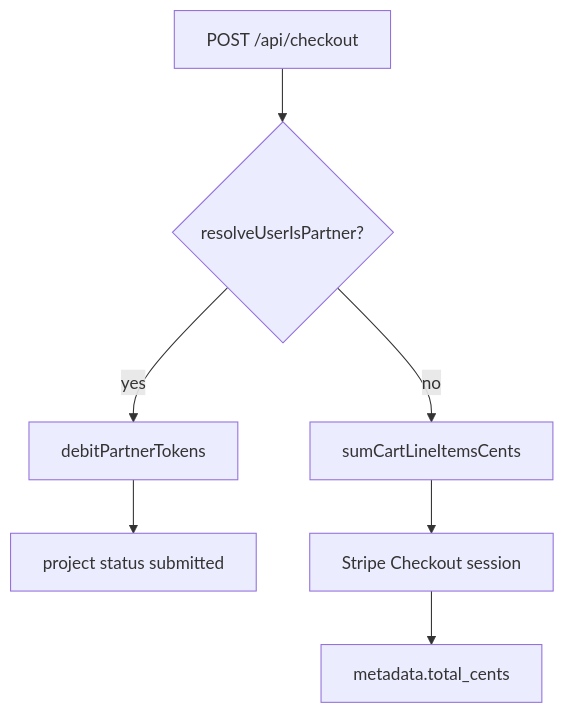
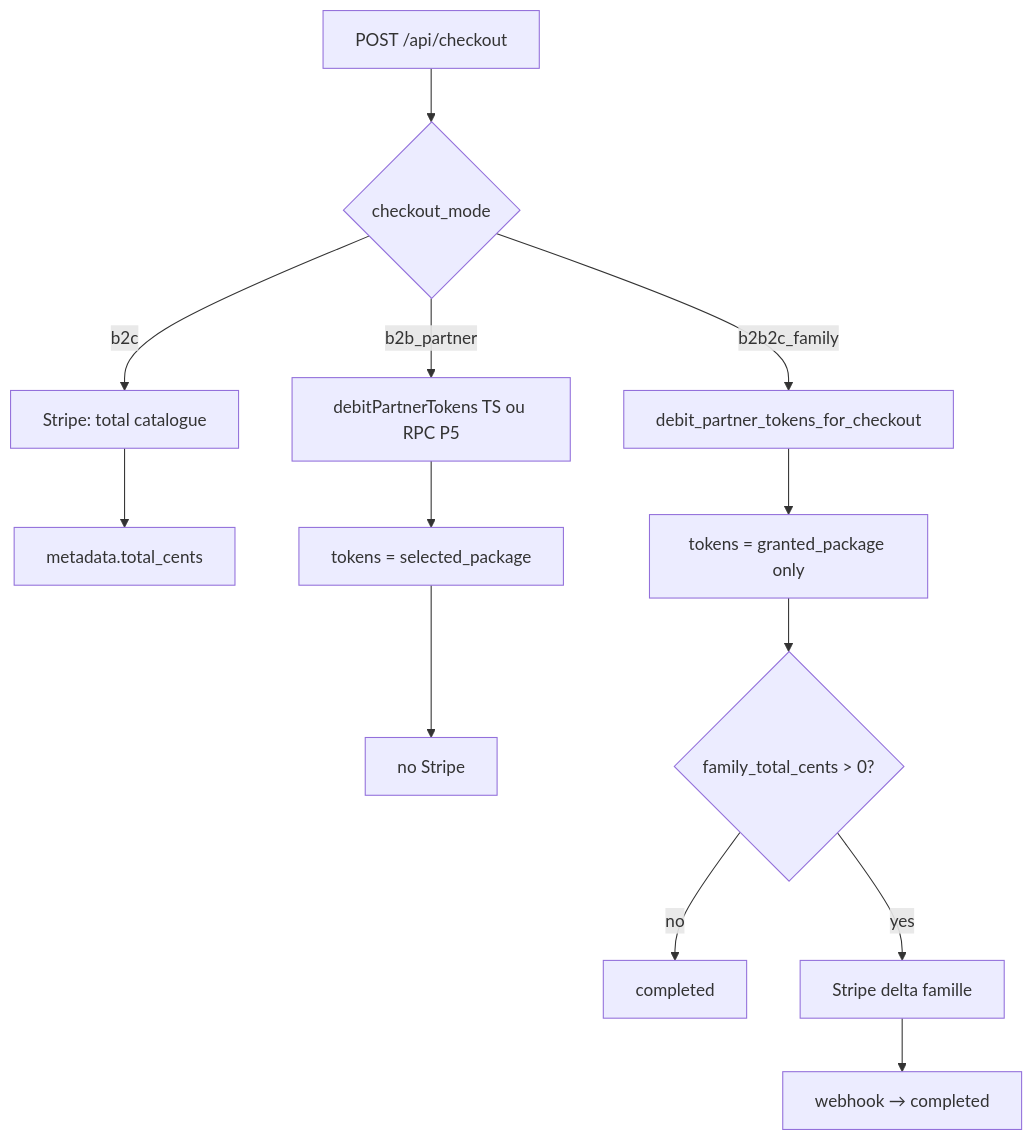
Before and after one commit to Lyra-OD/odyssey-web: the second of 2 diagrams in docs/WIZARD_ARCHITECTURE.md, drawn with Mermaid. The commit also changed other lines of this file and 21 other files, not shown here.

````diff
--- a/docs/WIZARD_ARCHITECTURE.md
+++ b/docs/WIZARD_ARCHITECTURE.md
@@ -266,9 +312,15 @@
 ```mermaid
 flowchart TD
-  A[POST /api/checkout] --> B{resolveUserIsPartner?}
-  B -->|yes| C[debitPartnerTokens]
-  C --> D[project status submitted]
-  B -->|no| E[sumCartLineItemsCents]
-  E --> F[Stripe Checkout session]
-  F --> G[metadata.total_cents]
+  A[POST /api/checkout] --> B{checkout_mode}
+  B -->|b2c| C[Stripe: total catalogue]
+  C --> C1[metadata.total_cents]
+  B -->|b2b_partner| D[debitPartnerTokens TS ou RPC P5]
+  D --> D1[tokens = selected_package]
+  D1 --> D2[no Stripe]
+  B -->|b2b2c_family| E[debit_partner_tokens_for_checkout]
+  E --> E1[tokens = granted_package only]
+  E1 --> F{family_total_cents > 0?}
+  F -->|no| G[completed]
+  F -->|yes| H[Stripe delta famille]
+  H --> I[webhook → completed]
 ```
````
